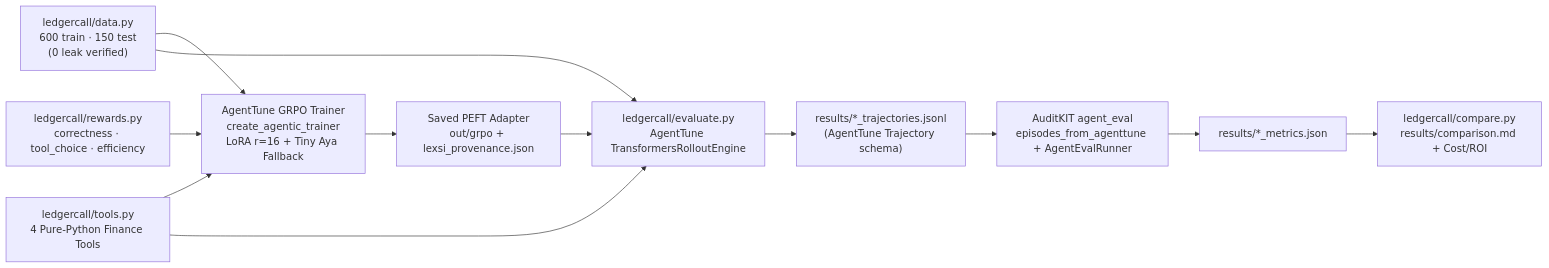
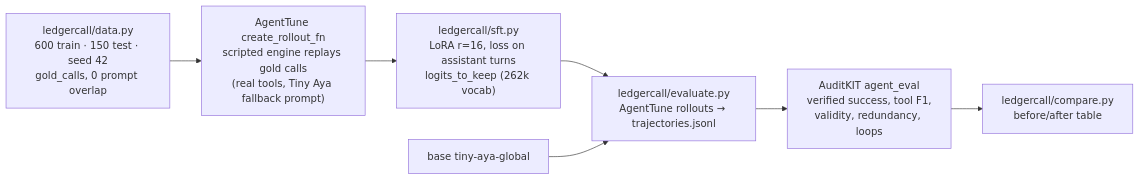
The diagram in README.md (Xuefeng-Zhu/Ledgercall), drawn with Mermaid before and after one commit. The commit also changed other lines of this file and 4 other files, not shown here.

Commit message:
Fill write-up with v3 results: SFT LoRA 0%->100% task success; Space includes tuned trajectories

````diff
--- a/README.md
+++ b/README.md
@@ -81,14 +45,9 @@
 ```mermaid
 flowchart LR
-    D["ledgercall/data.py<br/>600 train · 150 test<br/>(0 leak verified)"] --> T["AgentTune GRPO Trainer<br/>create_agentic_trainer<br/>LoRA r=16 + Tiny Aya Fallback"]
-    TOOLS["ledgercall/tools.py<br/>4 Pure-Python Finance Tools"] --> T
-    REWARDS["ledgercall/rewards.py<br/>correctness · tool_choice · efficiency"] --> T
-    T --> ADAPTER["Saved PEFT Adapter<br/>out/grpo + lexsi_provenance.json"]
-    ADAPTER --> EVAL["ledgercall/evaluate.py<br/>AgentTune TransformersRolloutEngine"]
-    D --> EVAL
-    TOOLS --> EVAL
-    EVAL --> TRAJ["results/*_trajectories.jsonl<br/>(AgentTune Trajectory schema)"]
-    TRAJ --> AK["AuditKIT agent_eval<br/>episodes_from_agenttune + AgentEvalRunner"]
-    AK --> METRICS["results/*_metrics.json"]
-    METRICS --> CMP["ledgercall/compare.py<br/>results/comparison.md + Cost/ROI"]
+  D["ledgercall/data.py<br/>600 train · 150 test · seed 42<br/>gold_calls, 0 prompt overlap"] --> R["AgentTune create_rollout_fn<br/>scripted engine replays gold calls<br/>(real tools, Tiny Aya fallback prompt)"]
+  R --> S["ledgercall/sft.py<br/>LoRA r=16, loss on assistant turns<br/>logits_to_keep (262k vocab)"]
+  S --> E["ledgercall/evaluate.py<br/>AgentTune rollouts → trajectories.jsonl"]
+  B["base tiny-aya-global"] --> E
+  E --> A["AuditKIT agent_eval<br/>verified success, tool F1,<br/>validity, redundancy, loops"]
+  A --> C["ledgercall/compare.py<br/>before/after table"]
 ```
````
